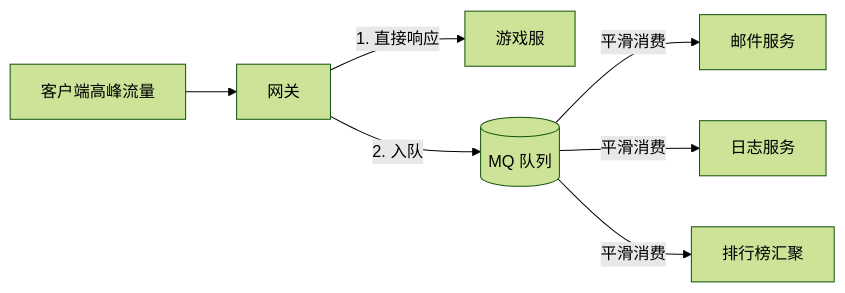
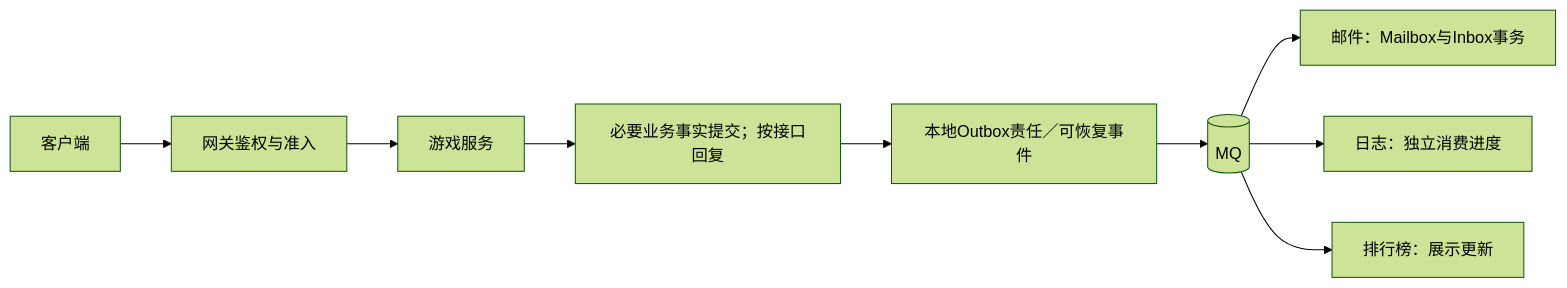
Before and after one commit to fantuan812/learning: the second of 7 diagrams in 知识/07-网络与游戏服务端/持久化与分布式一致性/03-分布式与高可用.md, drawn with Mermaid (forest theme). The commit also changed other lines of this file and 1 other file, not shown here.

````diff
--- a/知识/07-网络与游戏服务端/持久化与分布式一致性/03-分布式与高可用.md
+++ b/知识/07-网络与游戏服务端/持久化与分布式一致性/03-分布式与高可用.md
@@ -107,9 +84,9 @@
 ```mermaid
 flowchart LR
-    C[客户端高峰流量] --> G[网关]
-    G -->|1. 直接响应| S[游戏服]
-    G -->|2. 入队| Q[(MQ 队列)]
-    Q -->|平滑消费| W1[邮件服务]
-    Q -->|平滑消费| W2[日志服务]
-    Q -->|平滑消费| W3[排行榜汇聚]
+    C[客户端] --> G[网关鉴权与准入] --> S[游戏服务]
+    S --> D["必要业务事实提交；按接口回复"]
+    D --> O["本地Outbox责任／可恢复事件"] --> Q[(MQ)]
+    Q --> W1[邮件：Mailbox与Inbox事务]
+    Q --> W2[日志：独立消费进度]
+    Q --> W3[排行榜：展示更新]
 ```
````
